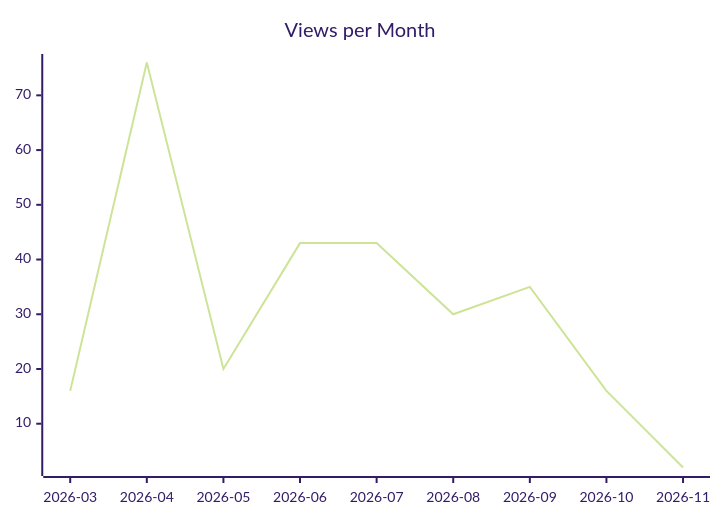
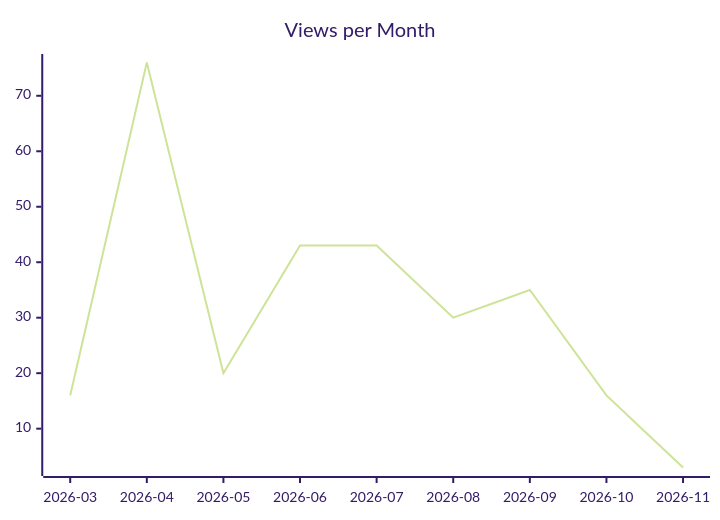
One commit to justdavis-family/github-analytics-data changed the second of 3 diagrams in karlmdavis/ksoap2-android/README.md. Above: the diagram before and after it, drawn with Mermaid (forest theme). The commit also changed other lines of this file and 196 other files, not shown here.

````diff
--- a/karlmdavis/ksoap2-android/README.md
+++ b/karlmdavis/ksoap2-android/README.md
@@ -12,6 +12,6 @@
 ```mermaid
 xychart-beta
   title "Views per Month"
   x-axis ["2026-03", "2026-04", "2026-05", "2026-06", "2026-07", "2026-08", "2026-09", "2026-10", "2026-11"]
-  line [16, 76, 20, 43, 43, 30, 35, 16, 2]
+  line [16, 76, 20, 43, 43, 30, 35, 16, 3]
 ```
````
